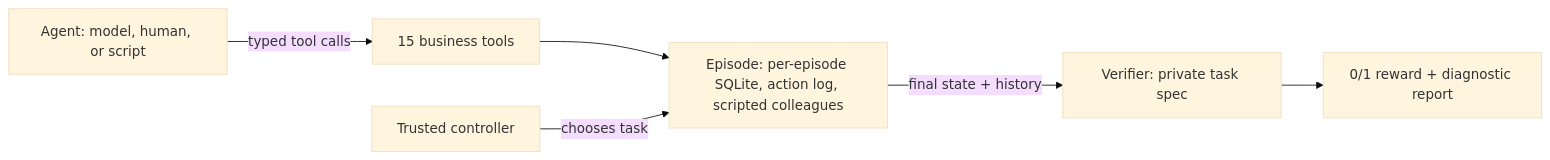
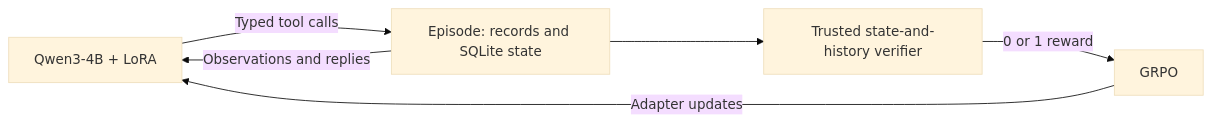
The diagram in README.md (ShahidAhmed7/invoiceops-rl), drawn with Mermaid (base theme) before and after one commit. The commit also changed other lines of this file and 69 other files, not shown here.

````diff
--- a/README.md
+++ b/README.md
@@ -83,8 +177,8 @@
 ```mermaid
 flowchart LR
-    A[Agent: model, human, or script] -- typed tool calls --> T[15 business tools]
-    T --> E[Episode: per-episode SQLite, action log, scripted colleagues]
-    C[Trusted controller] -- chooses task --> E
-    E -- final state + history --> V[Verifier: private task spec]
-    V --> R[0/1 reward + diagnostic report]
+    A[Qwen3-4B + LoRA] -->|Typed tool calls| E[Episode: records and SQLite state]
+    E -->|Observations and replies| A
+    E --> V[Trusted state-and-history verifier]
+    V -->|0 or 1 reward| G[GRPO]
+    G -->|Adapter updates| A
 ```
````
